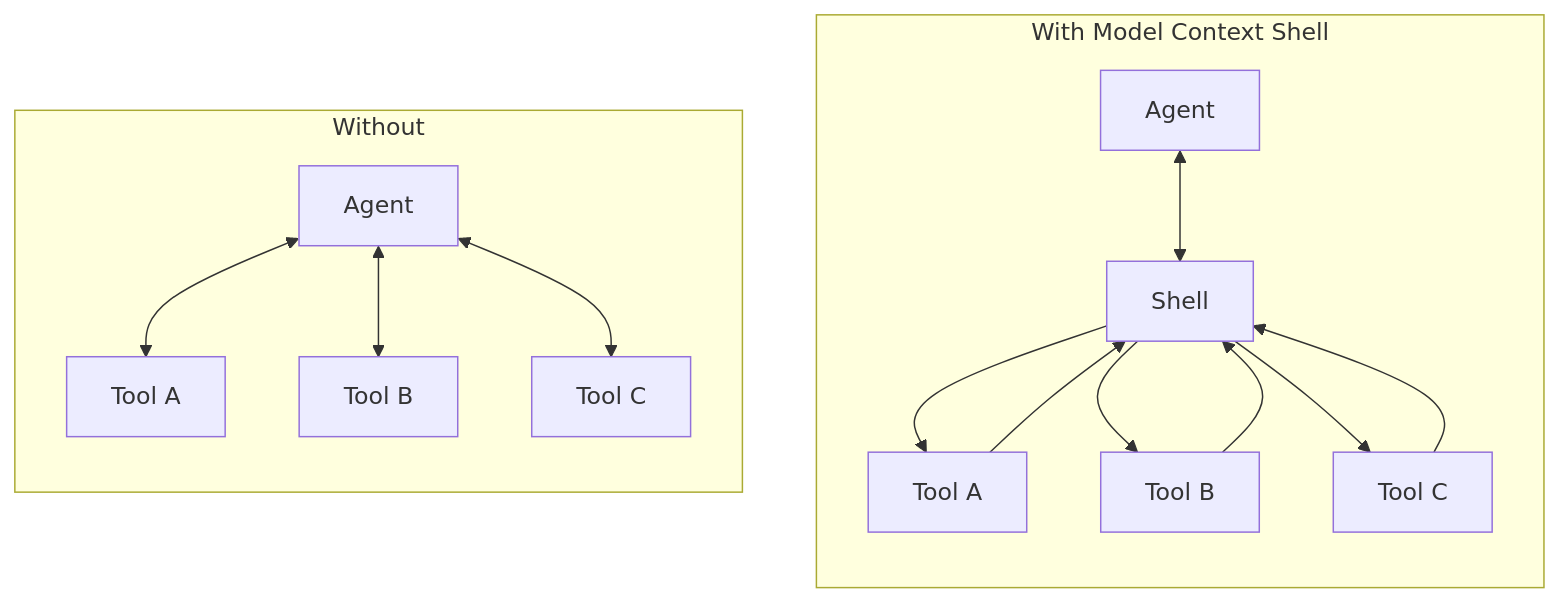
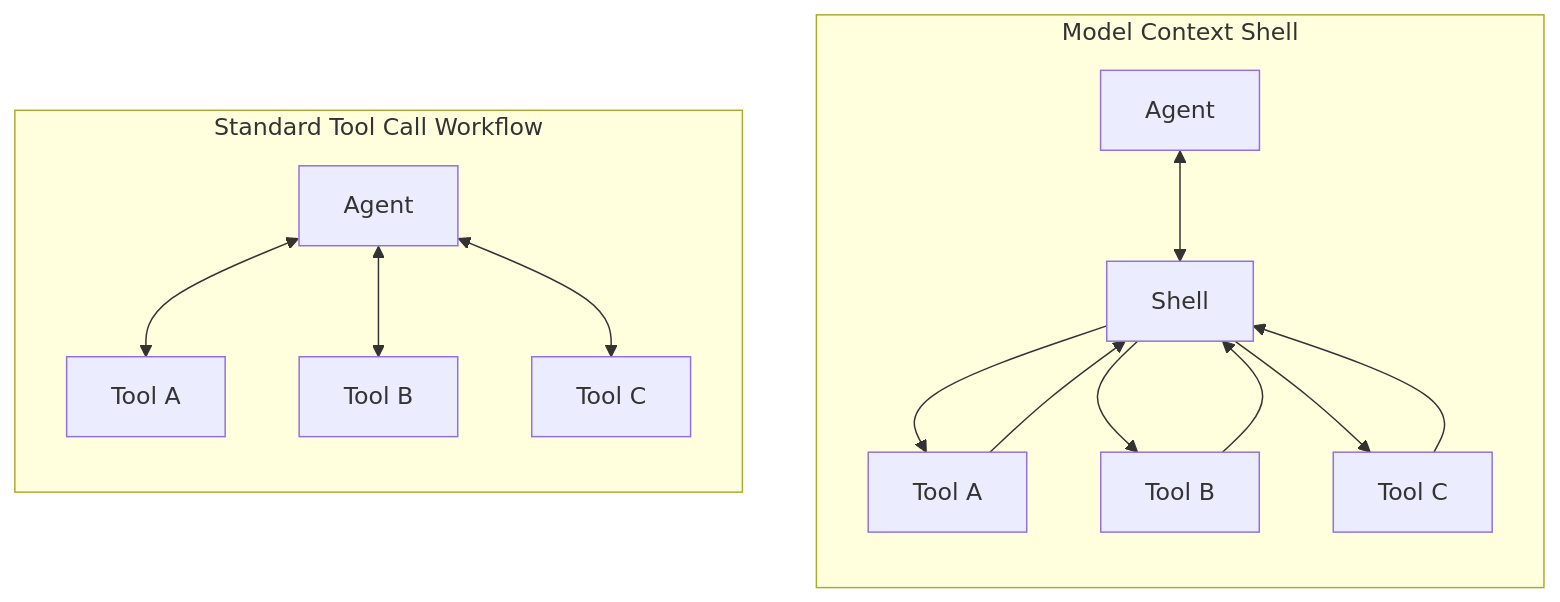
Before and after one commit to StacklokLabs/model-context-shell: the diagram in README.md, drawn with Mermaid.

````diff
--- a/README.md
+++ b/README.md
@@ -24,18 +24,18 @@
 ```mermaid
 flowchart LR
-    subgraph without["Without"]
+    subgraph without["Standard Tool Call Workflow"]
         direction TB
         A1[Agent]
         A1 <--> T1a[Tool A]
         A1 <--> T2a[Tool B]
         A1 <--> T3a[Tool C]
     end
-    subgraph with["With Model Context Shell"]
+    subgraph with["Model Context Shell"]
         direction TB
         A2[Agent] <--> S[Shell]
         S --> T1b[Tool A] --> S
         S --> T2b[Tool B] --> S
         S --> T3b[Tool C] --> S
     end
     without ~~~ with
 ```
````
